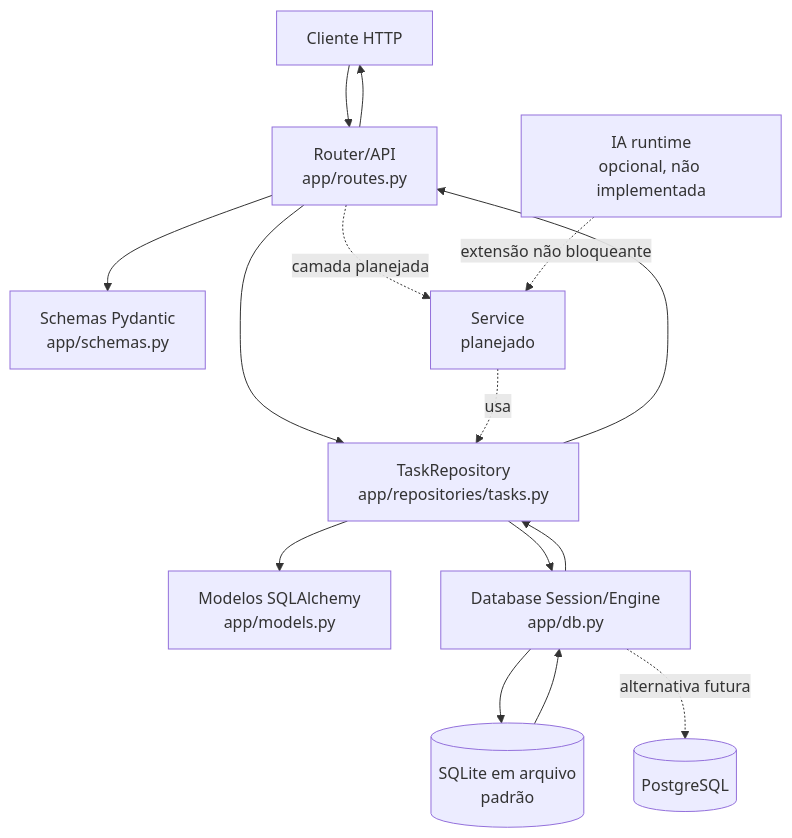
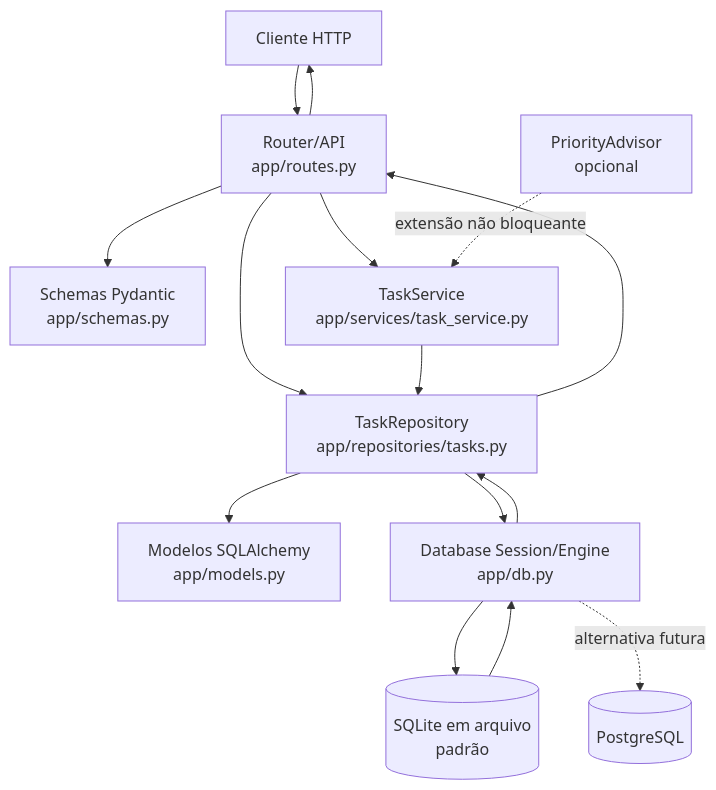
One commit to paulooberdans-boop/api_task1 changed the diagram in docs/arquitetura.md. Above: the diagram before and after it, drawn with Mermaid. The commit also changed other lines of this file and 13 other files, not shown here.

Commit message:
feat: add task service and priority advisor

````diff
--- a/docs/arquitetura.md
+++ b/docs/arquitetura.md
@@ -62,19 +62,19 @@
 ```mermaid
 flowchart TD
     C[Cliente HTTP] --> R[Router/API<br/>app/routes.py]
     R --> S[Schemas Pydantic<br/>app/schemas.py]
     R --> TR[TaskRepository<br/>app/repositories/tasks.py]
     TR --> M[Modelos SQLAlchemy<br/>app/models.py]
     TR --> D[Database Session/Engine<br/>app/db.py]
     D --> DB[(SQLite em arquivo<br/>padrão)]
     D -. alternativa futura .-> PG[(PostgreSQL)]
 
-    R -. camada planejada .-> SV[Service<br/>planejado]
-    SV -. usa .-> TR
-    AI[IA runtime<br/>opcional, não implementada] -. extensão não bloqueante .-> SV
+    R --> SV[TaskService<br/>app/services/task_service.py]
+    SV --> TR
+    AI[PriorityAdvisor<br/>opcional] -. extensão não bloqueante .-> SV
 
     DB --> D
     D --> TR
     TR --> R
     R --> C
 ```
````
